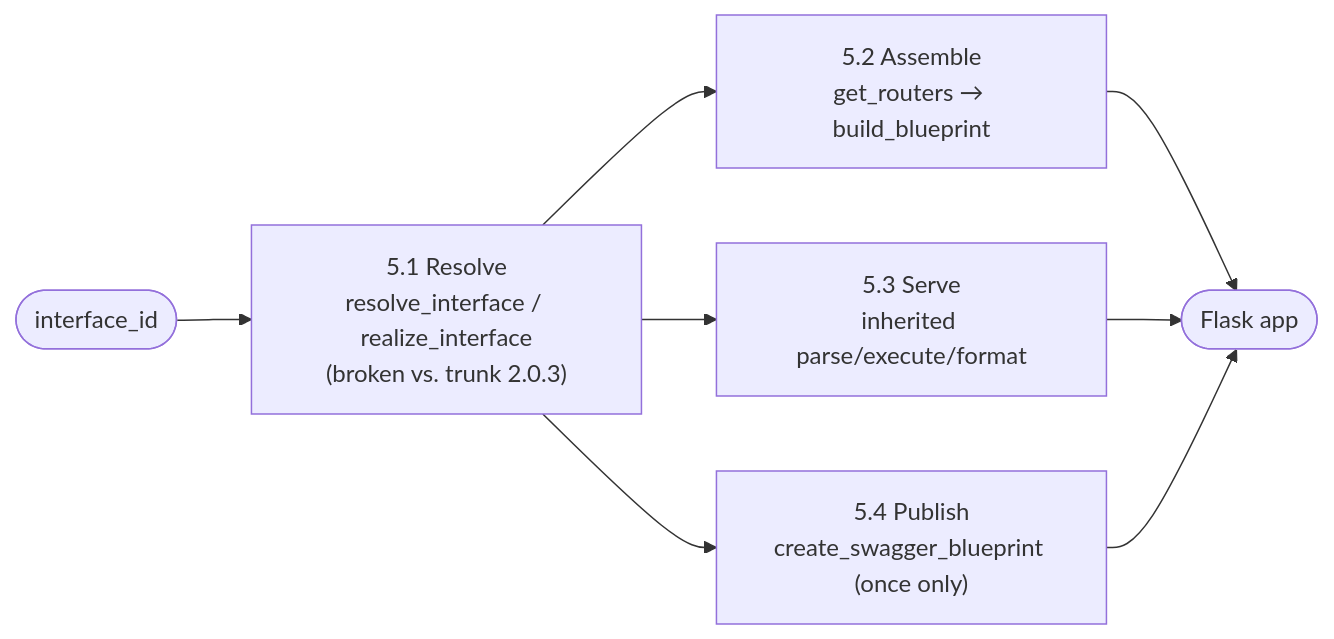
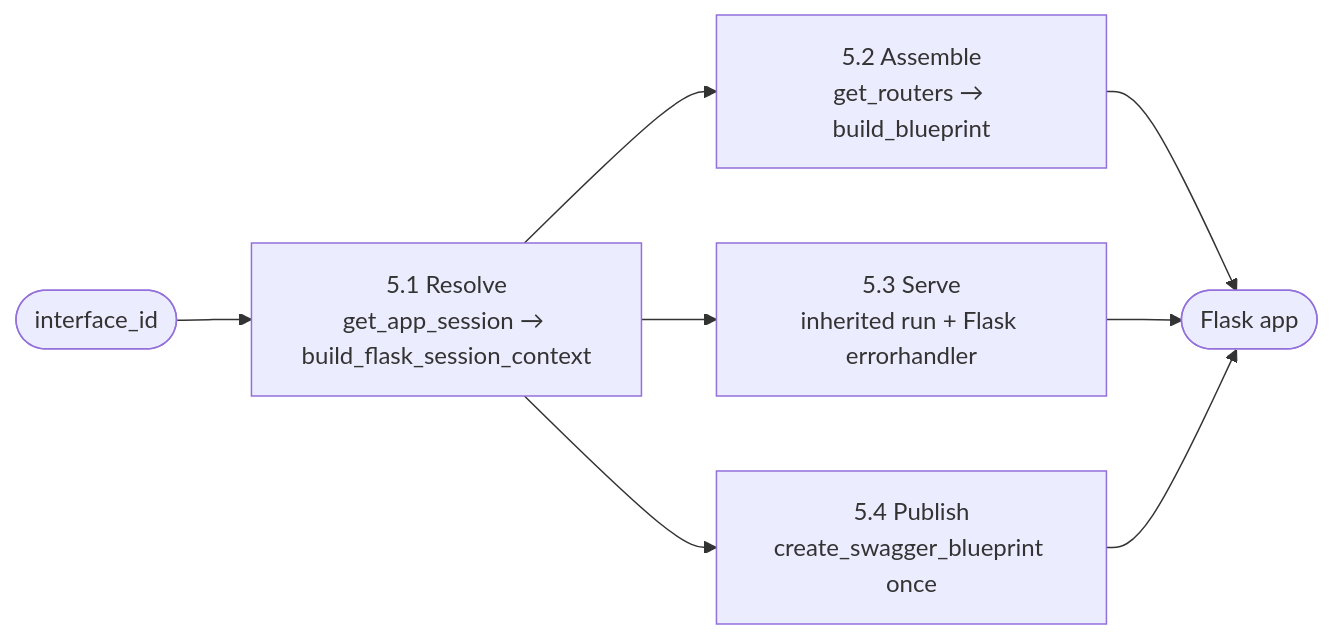
One commit to greatstrength/tiferet-flask changed the diagram in docs/core-domain-distillation.md. Above: the diagram before and after it, drawn with Mermaid. The commit also changed other lines of this file and 1 other file, not shown here.

````diff
--- a/docs/core-domain-distillation.md
+++ b/docs/core-domain-distillation.md
@@ -75,10 +81,10 @@
 ```mermaid
 flowchart LR
-  ID([interface_id]) --> RESOLVE["5.1 Resolve<br/>resolve_interface / realize_interface<br/>(broken vs. trunk 2.0.3)"]
+  ID([interface_id]) --> RESOLVE["5.1 Resolve<br/>get_app_session → build_flask_session_context"]
   RESOLVE --> ASSEMBLE["5.2 Assemble<br/>get_routers → build_blueprint"]
   ASSEMBLE --> APP([Flask app])
-  RESOLVE --> SERVE["5.3 Serve<br/>inherited parse/execute/format"]
+  RESOLVE --> SERVE["5.3 Serve<br/>inherited run + Flask errorhandler"]
   SERVE --> APP
-  RESOLVE --> PUBLISH["5.4 Publish<br/>create_swagger_blueprint (once only)"]
+  RESOLVE --> PUBLISH["5.4 Publish<br/>create_swagger_blueprint once"]
   PUBLISH --> APP
 ```
````
